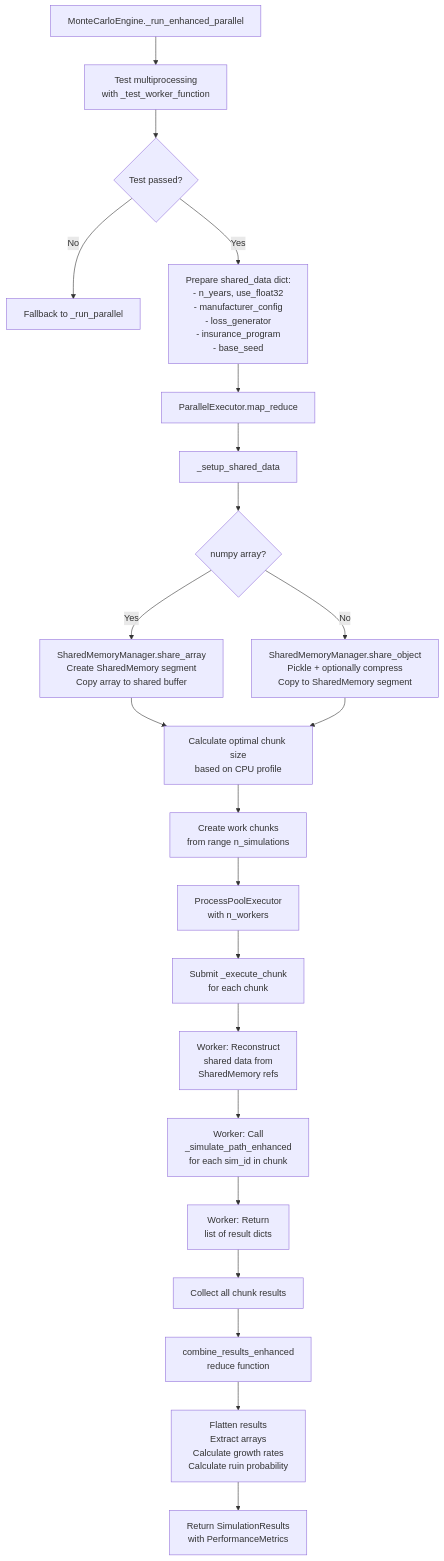
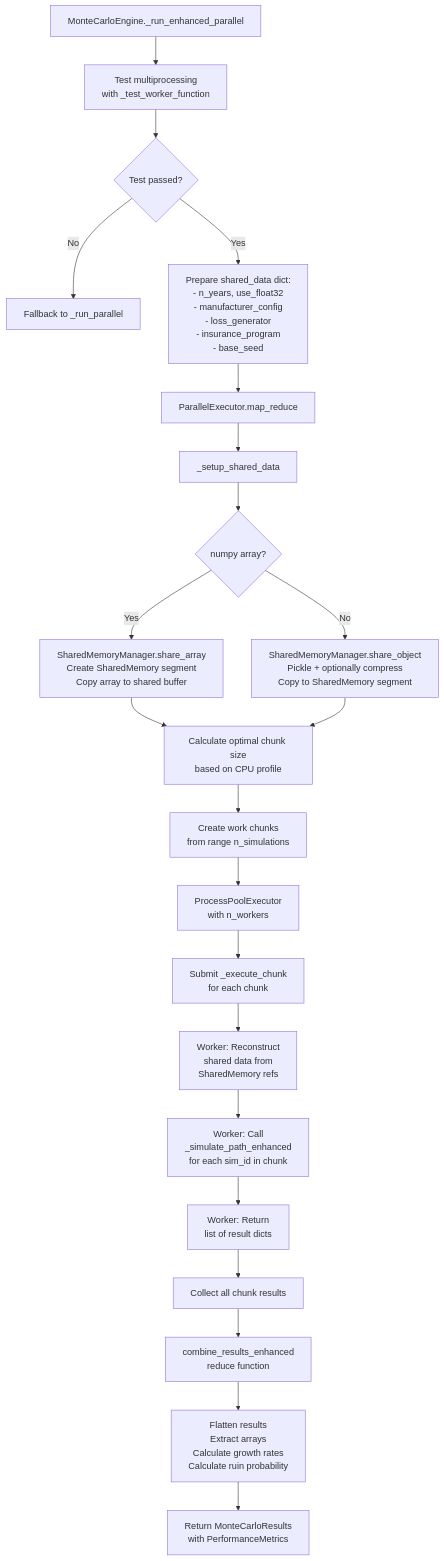
Before and after one commit to AlexFiliakov/Ergodic-Insurance-Limits: the fifth of 8 diagrams in ergodic_insurance/docs/architecture/monte_carlo_architecture.md, drawn with Mermaid. The commit also changed other lines of this file and 105 other files, not shown here.

First line of the commit message:
feat!: API cleanup — rename SimulationResults, deprecate InsurancePolicy, and fix validation (#579)

````diff
--- a/ergodic_insurance/docs/architecture/monte_carlo_architecture.md
+++ b/ergodic_insurance/docs/architecture/monte_carlo_architecture.md
@@ -405,35 +405,35 @@
 ```{mermaid}
 flowchart TD
     A[MonteCarloEngine._run_enhanced_parallel] --> B[Test multiprocessing<br>with _test_worker_function]
 
     B --> C{Test passed?}
     C -- No --> D[Fallback to _run_parallel]
     C -- Yes --> E[Prepare shared_data dict:<br>- n_years, use_float32<br>- manufacturer_config<br>- loss_generator<br>- insurance_program<br>- base_seed]
 
     E --> F[ParallelExecutor.map_reduce]
 
     F --> G[_setup_shared_data]
     G --> H{numpy array?}
     H -- Yes --> I[SharedMemoryManager.share_array<br>Create SharedMemory segment<br>Copy array to shared buffer]
     H -- No --> J[SharedMemoryManager.share_object<br>Pickle + optionally compress<br>Copy to SharedMemory segment]
 
     I --> K[Calculate optimal chunk size<br>based on CPU profile]
     J --> K
 
     K --> L[Create work chunks<br>from range n_simulations]
 
     L --> M[ProcessPoolExecutor<br>with n_workers]
 
     M --> N[Submit _execute_chunk<br>for each chunk]
 
     N --> O[Worker: Reconstruct<br>shared data from<br>SharedMemory refs]
     O --> P[Worker: Call<br>_simulate_path_enhanced<br>for each sim_id in chunk]
     P --> Q[Worker: Return<br>list of result dicts]
 
     Q --> R[Collect all chunk results]
     R --> S[combine_results_enhanced<br>reduce function]
 
     S --> T[Flatten results<br>Extract arrays<br>Calculate growth rates<br>Calculate ruin probability]
 
-    T --> U[Return SimulationResults<br>with PerformanceMetrics]
+    T --> U[Return MonteCarloResults<br>with PerformanceMetrics]
 ```
````
